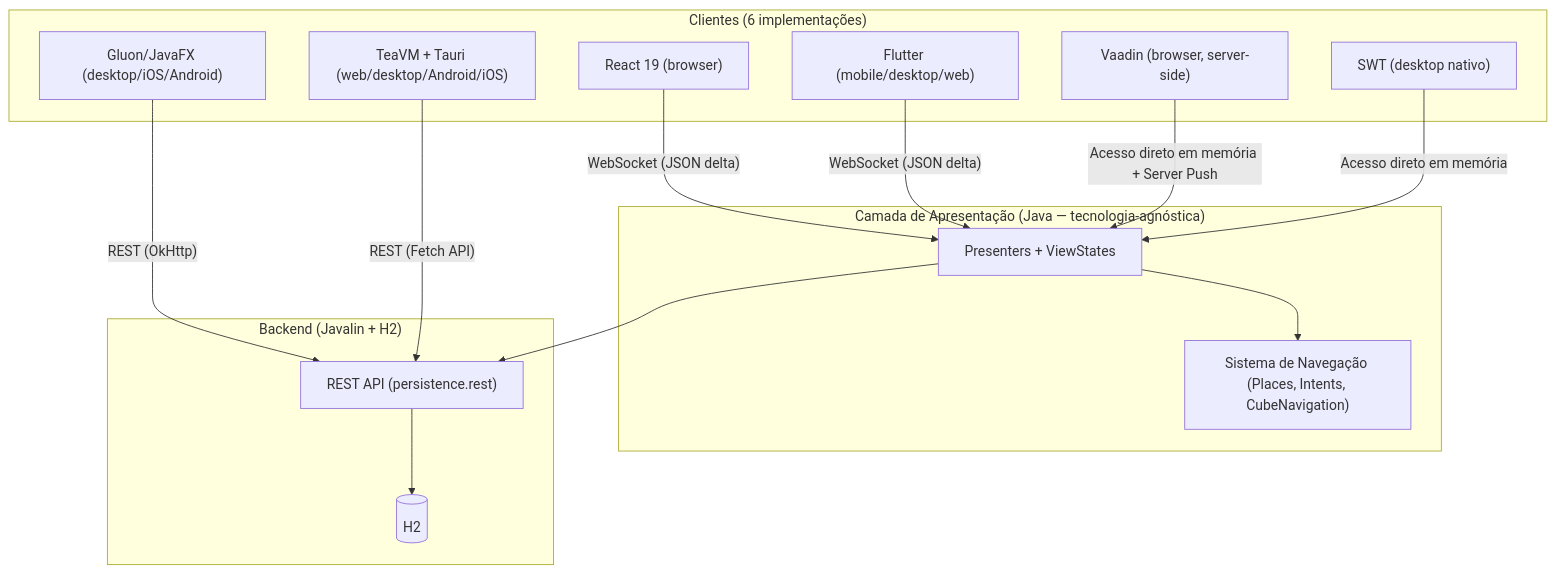
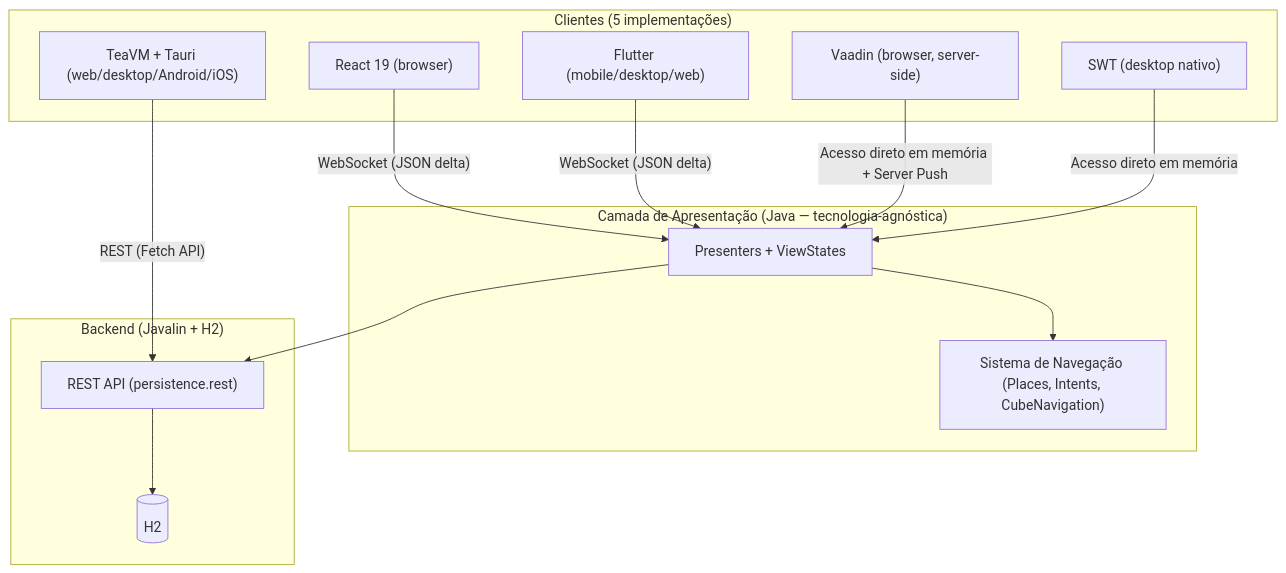
One commit to mrcdom/wdc-cube-java-v2 changed the first of 4 diagrams in docs/cube-mvp-arquitetura-multiplataforma.md. Above: the diagram before and after it, drawn with Mermaid. The commit also changed other lines of this file and 86 other files, not shown here.

````diff
--- a/docs/cube-mvp-arquitetura-multiplataforma.md
+++ b/docs/cube-mvp-arquitetura-multiplataforma.md
@@ -144,31 +143,29 @@
 ```mermaid
 graph TD
-    subgraph Client["Clientes (6 implementações)"]
+    subgraph Client["Clientes (5 implementações)"]
         react["React 19 (browser)"]
         flutter["Flutter (mobile/desktop/web)"]
         vaadin["Vaadin (browser, server-side)"]
         swt["SWT (desktop nativo)"]
-        gluon["Gluon/JavaFX (desktop/iOS/Android)"]
         teavm["TeaVM + Tauri (web/desktop/Android/iOS)"]
     end
 
     subgraph Presentation["Camada de Apresentação (Java — tecnologia-agnóstica)"]
         presenters["Presenters + ViewStates"]
         navigation["Sistema de Navegação (Places, Intents, CubeNavigation)"]
     end
 
     subgraph Backend["Backend (Javalin + H2)"]
         rest["REST API (persistence.rest)"]
         db[("H2")]
     end
 
     react -->|"WebSocket (JSON delta)"| presenters
     flutter -->|"WebSocket (JSON delta)"| presenters
     vaadin -->|"Acesso direto em memória + Server Push"| presenters
     swt -->|"Acesso direto em memória"| presenters
-    gluon -->|"REST (OkHttp)"| rest
     teavm -->|"REST (Fetch API)"| rest
     presenters --> navigation
     presenters --> rest
     rest --> db
 ```
````
